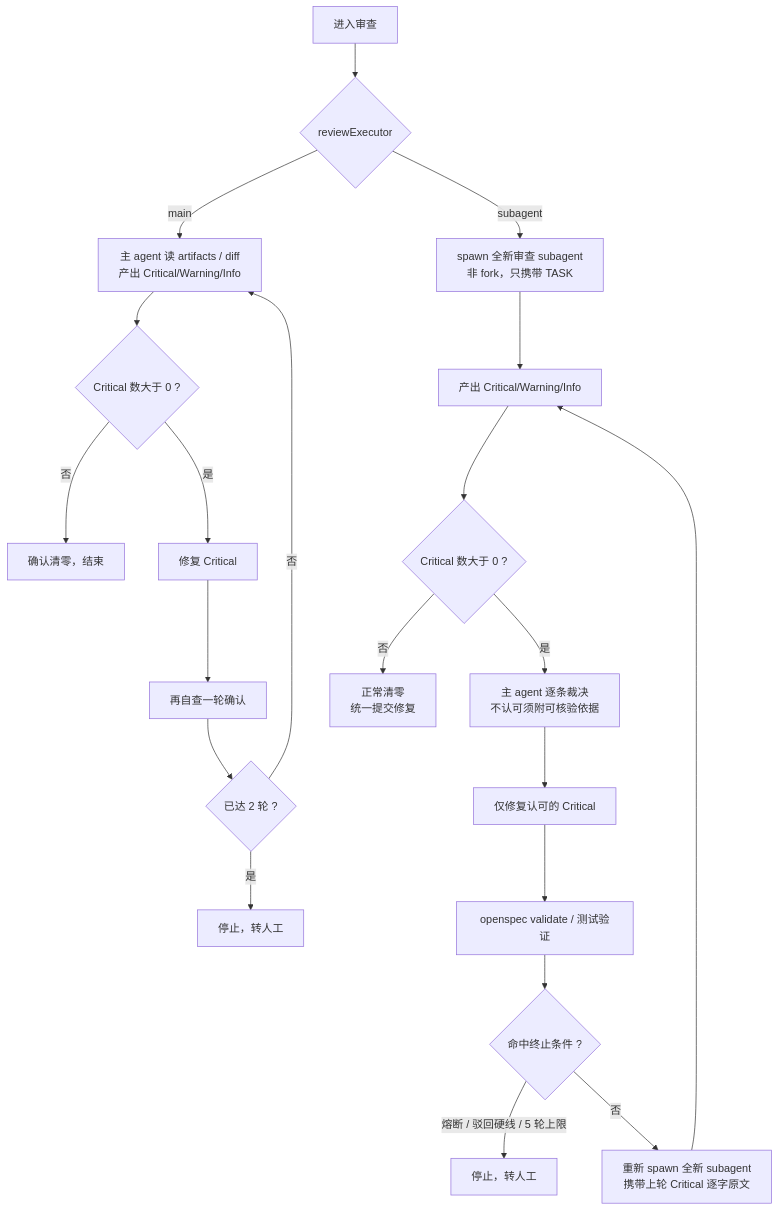
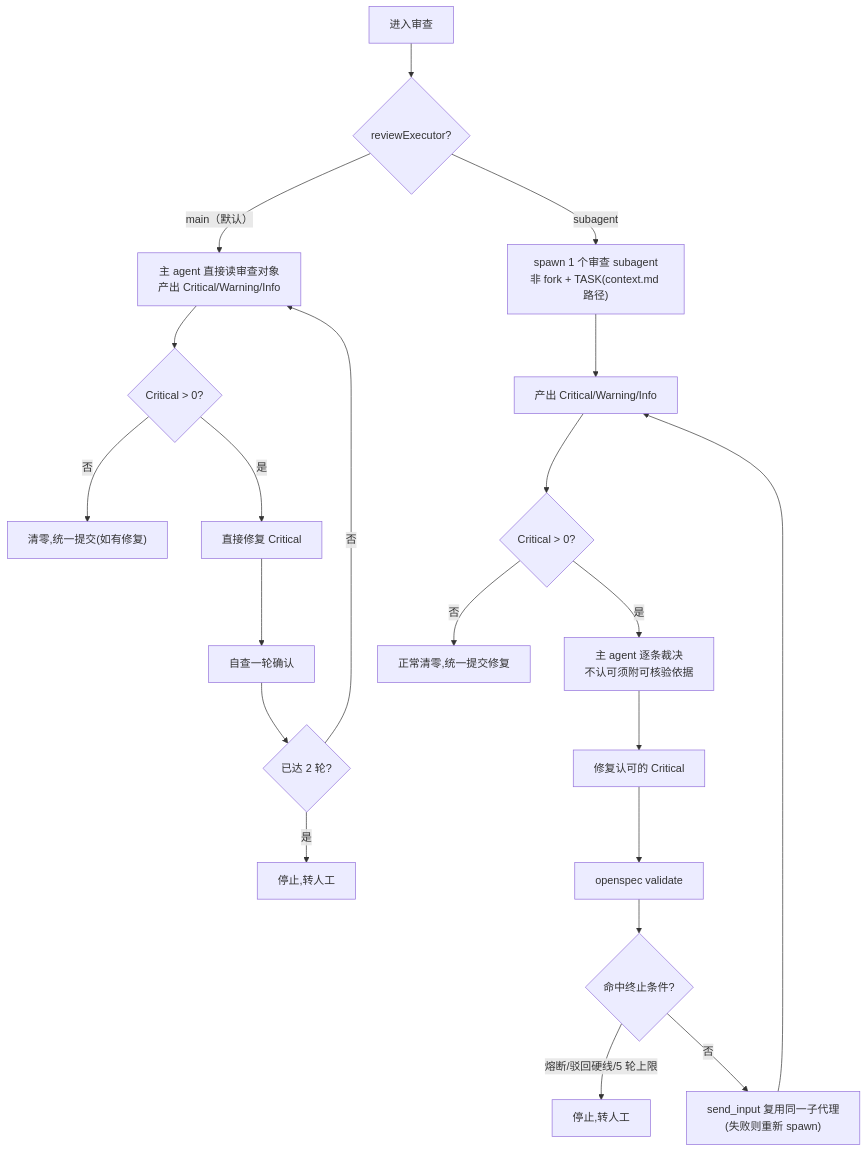
One commit to FE-runner/ly-workflow-codex changed the second of 4 diagrams in workflow.md. Above: the diagram before and after it, drawn with Mermaid. The commit also changed other lines of this file and 24 other files, not shown here.

Commit message:
apply: switchable-executor-flow

````diff
--- a/workflow.md
+++ b/workflow.md
@@ -59,25 +47,25 @@
 ```mermaid
 flowchart TD
-    Start["进入审查"] --> Dec{"reviewExecutor"}
+    RStart["进入审查"] --> RExec{"reviewExecutor?"}
 
-    Dec -->|main| M1["主 agent 读 artifacts / diff<br/>产出 Critical/Warning/Info"]
-    M1 --> M2{"Critical 数大于 0 ?"}
-    M2 -->|否| MDone["确认清零，结束"]
-    M2 -->|是| M3["修复 Critical"]
-    M3 --> M4["再自查一轮确认"]
-    M4 --> M5{"已达 2 轮 ?"}
+    RExec -->|main（默认）| M1["主 agent 直接读审查对象<br/>产出 Critical/Warning/Info"]
+    M1 --> M2{"Critical > 0?"}
+    M2 -->|否| MDone["清零,统一提交(如有修复)"]
+    M2 -->|是| M3["直接修复 Critical"]
+    M3 --> M4["自查一轮确认"]
+    M4 --> M5{"已达 2 轮?"}
     M5 -->|否| M1
-    M5 -->|是| MStop["停止，转人工"]
+    M5 -->|是| MStop["停止,转人工"]
 
-    Dec -->|subagent| S1["spawn 全新审查 subagent<br/>非 fork，只携带 TASK"]
+    RExec -->|subagent| S1["spawn 1 个审查 subagent<br/>非 fork + TASK(context.md 路径)"]
     S1 --> S2["产出 Critical/Warning/Info"]
-    S2 --> S3{"Critical 数大于 0 ?"}
-    S3 -->|否| SDone["正常清零<br/>统一提交修复"]
+    S2 --> S3{"Critical > 0?"}
+    S3 -->|否| SDone["正常清零,统一提交修复"]
     S3 -->|是| S4["主 agent 逐条裁决<br/>不认可须附可核验依据"]
-    S4 --> S5["仅修复认可的 Critical"]
-    S5 --> S6["openspec validate / 测试验证"]
-    S6 --> S7{"命中终止条件 ?"}
-    S7 -->|"熔断 / 驳回硬线 / 5 轮上限"| SStop["停止，转人工"]
-    S7 -->|否| S8["重新 spawn 全新 subagent<br/>携带上轮 Critical 逐字原文"]
+    S4 --> S5["修复认可的 Critical"]
+    S5 --> S6["openspec validate"]
+    S6 --> S7{"命中终止条件?"}
+    S7 -->|熔断/驳回硬线/5 轮上限| SStop["停止,转人工"]
+    S7 -->|否| S8["send_input 复用同一子代理<br/>(失败则重新 spawn)"]
     S8 --> S2
 ```
````
